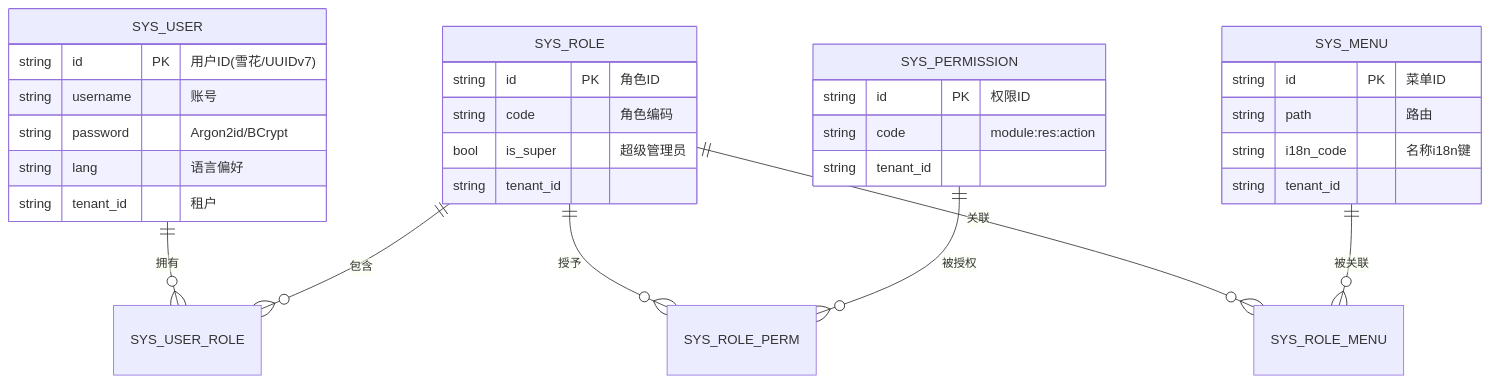
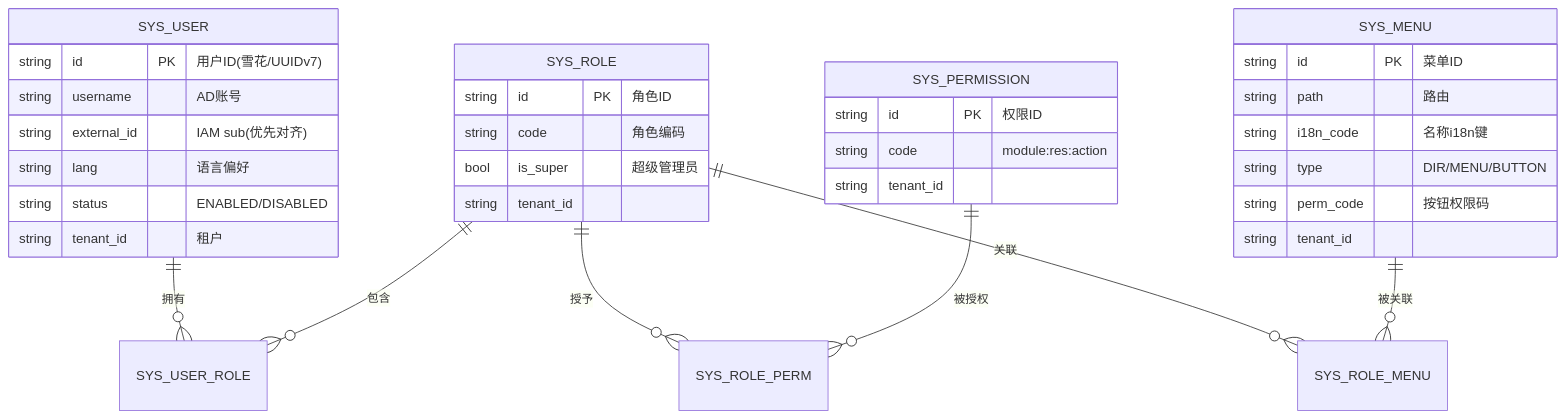
One commit to steven1213/cim-ap changed diagram 18 of 22 in docs/platform/server/README.md. Above: the diagram before and after it, drawn with Mermaid. The commit also changed other lines of this file and 90 other files, not shown here.

````diff
--- a/docs/platform/server/README.md
+++ b/docs/platform/server/README.md
@@ -1663,14 +1694,14 @@
 ```mermaid
 erDiagram
   SYS_USER ||--o{ SYS_USER_ROLE : 拥有
   SYS_ROLE ||--o{ SYS_USER_ROLE : 包含
   SYS_ROLE ||--o{ SYS_ROLE_PERM : 授予
   SYS_PERMISSION ||--o{ SYS_ROLE_PERM : 被授权
   SYS_ROLE ||--o{ SYS_ROLE_MENU : 关联
   SYS_MENU ||--o{ SYS_ROLE_MENU : 被关联
 
-  SYS_USER { string id PK "用户ID(雪花/UUIDv7)" string username "账号" string password "Argon2id/BCrypt" string lang "语言偏好" string tenant_id "租户" }
+  SYS_USER { string id PK "用户ID(雪花/UUIDv7)" string username "AD账号" string external_id "IAM sub(优先对齐)" string lang "语言偏好" string status "ENABLED/DISABLED" string tenant_id "租户" }
   SYS_ROLE { string id PK "角色ID" string code "角色编码" bool is_super "超级管理员" string tenant_id }
   SYS_PERMISSION { string id PK "权限ID" string code "module:res:action" string tenant_id }
-  SYS_MENU { string id PK "菜单ID" string path "路由" string i18n_code "名称i18n键" string tenant_id }
+  SYS_MENU { string id PK "菜单ID" string path "路由" string i18n_code "名称i18n键" string type "DIR/MENU/BUTTON" string perm_code "按钮权限码" string tenant_id }
 ```
````
